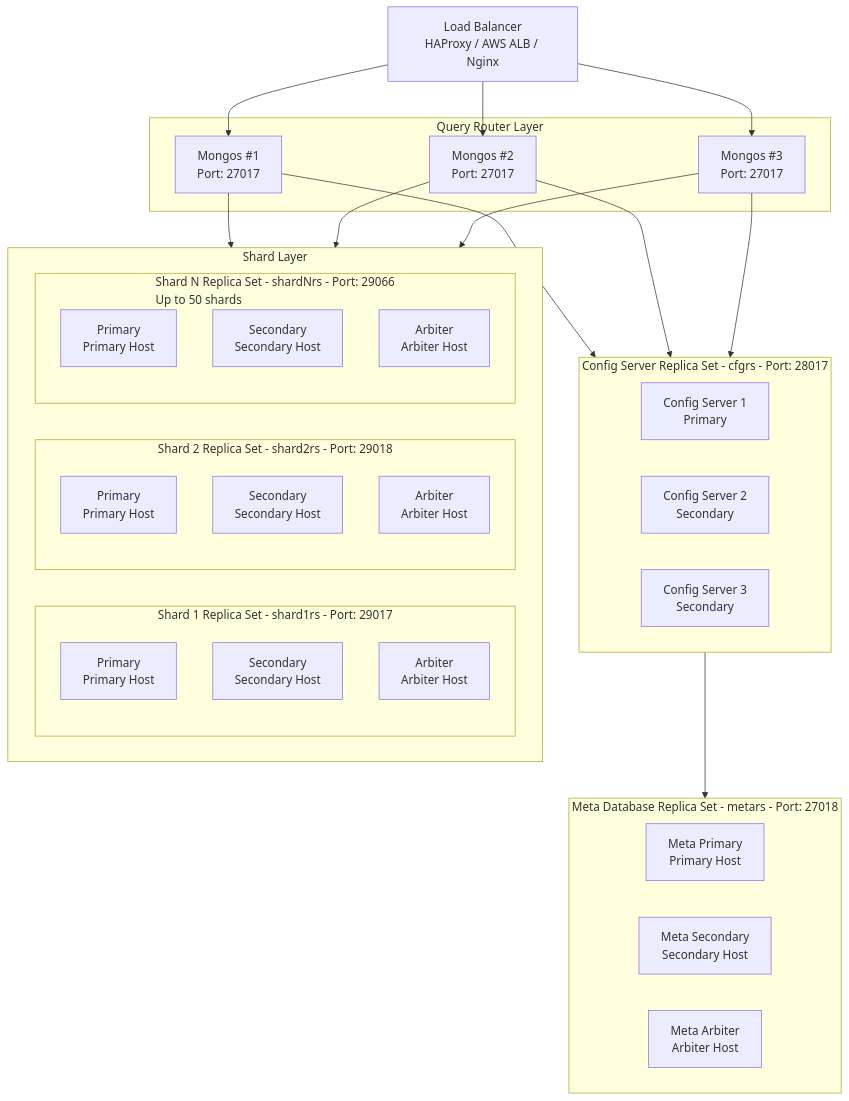
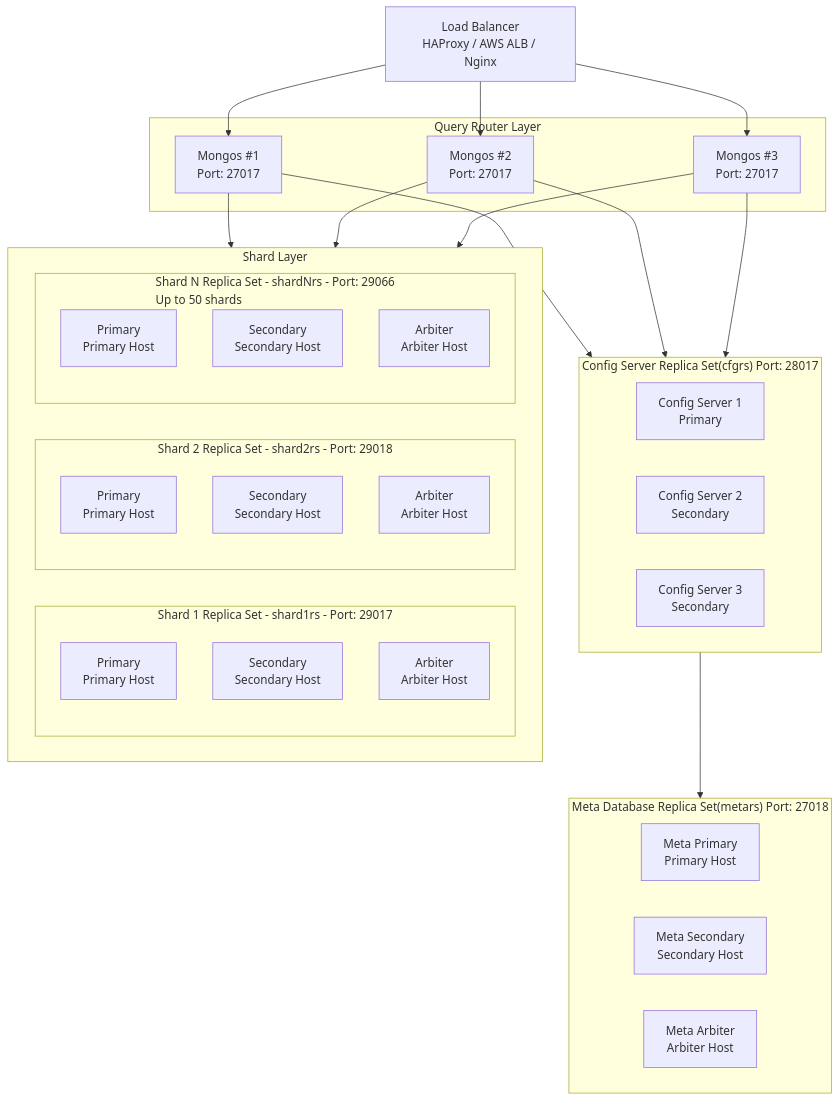
Before and after one commit to Vishwa0220/securaa-internal-documents: the first of 4 diagrams in MONGODB_SHARDING_ARCHITECTURE.md, drawn with Mermaid.

````diff
--- a/MONGODB_SHARDING_ARCHITECTURE.md
+++ b/MONGODB_SHARDING_ARCHITECTURE.md
@@ -110,56 +110,56 @@
 ```mermaid
 graph TB
     LB[Load Balancer<br/>HAProxy / AWS ALB / Nginx]
     
     subgraph QueryRouters["Query Router Layer"]
         M1[Mongos #1<br/>Port: 27017]
         M2[Mongos #2<br/>Port: 27017]
         M3[Mongos #3<br/>Port: 27017]
     end
     
-    subgraph ConfigLayer["Config Server Replica Set - cfgrs - Port: 28017"]
+    subgraph ConfigLayer["Config Server Replica Set(cfgrs) Port: 28017"]
         CS1[Config Server 1<br/>Primary]
         CS2[Config Server 2<br/>Secondary]
         CS3[Config Server 3<br/>Secondary]
     end
     
     subgraph ShardLayer["Shard Layer"]
         subgraph Shard1["Shard 1 Replica Set - shard1rs - Port: 29017"]
             S1P[Primary<br/>Primary Host]
             S1S[Secondary<br/>Secondary Host]
             S1A[Arbiter<br/>Arbiter Host]
         end
         
         subgraph Shard2["Shard 2 Replica Set - shard2rs - Port: 29018"]
             S2P[Primary<br/>Primary Host]
             S2S[Secondary<br/>Secondary Host]
             S2A[Arbiter<br/>Arbiter Host]
         end
         
         subgraph ShardN["Shard N Replica Set - shardNrs - Port: 29066<br/>Up to 50 shards"]
             SNP[Primary<br/>Primary Host]
             SNS[Secondary<br/>Secondary Host]
             SNA[Arbiter<br/>Arbiter Host]
         end
     end
     
-    subgraph MetaLayer["Meta Database Replica Set - metars - Port: 27018"]
+    subgraph MetaLayer["Meta Database Replica Set(metars) Port: 27018"]
         MP[Meta Primary<br/>Primary Host]
         MS[Meta Secondary<br/>Secondary Host]
         MA[Meta Arbiter<br/>Arbiter Host]
     end
     
     LB --> M1
     LB --> M2
     LB --> M3
     
     M1 --> ConfigLayer
     M2 --> ConfigLayer
     M3 --> ConfigLayer
     
     M1 --> ShardLayer
     M2 --> ShardLayer
     M3 --> ShardLayer
     
     ConfigLayer --> MetaLayer
 ```
````
